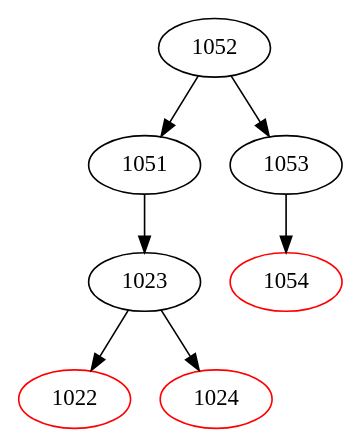
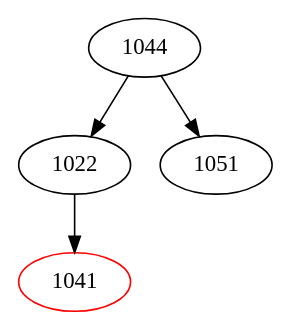
One commit to DanielDourado00/ED-II changed the diagram in arvore.dot. Above: the diagram before and after it, drawn with Graphviz. The commit also changed 5 other files, not shown here.

```diff
--- a/arvore.dot
+++ b/arvore.dot
@@ -1,15 +1,9 @@
 digraph ArvoreRubroNegra {
-1052 [label="1052", color=black];
-1052 -> 1051;
+1044 [label="1044", color=black];
+1044 -> 1022;
+1022 [label="1022", color=black];
+1022 -> 1041;
+1041 [label="1041", color=red];
+1044 -> 1051;
 1051 [label="1051", color=black];
-1051 -> 1023;
-1023 [label="1023", color=black];
-1023 -> 1022;
-1022 [label="1022", color=red];
-1023 -> 1024;
-1024 [label="1024", color=red];
-1052 -> 1053;
-1053 [label="1053", color=black];
-1053 -> 1054;
-1054 [label="1054", color=red];
 }
```
